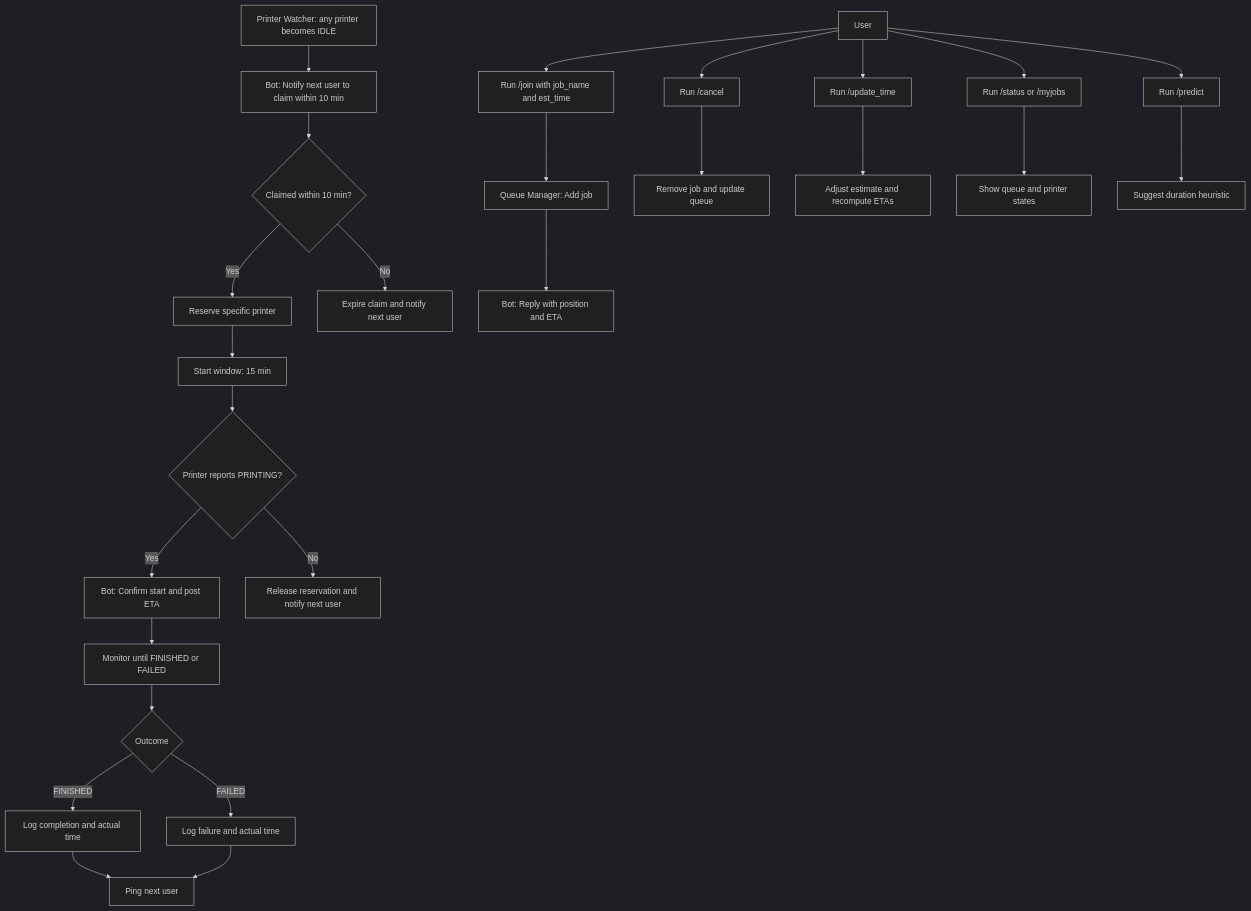
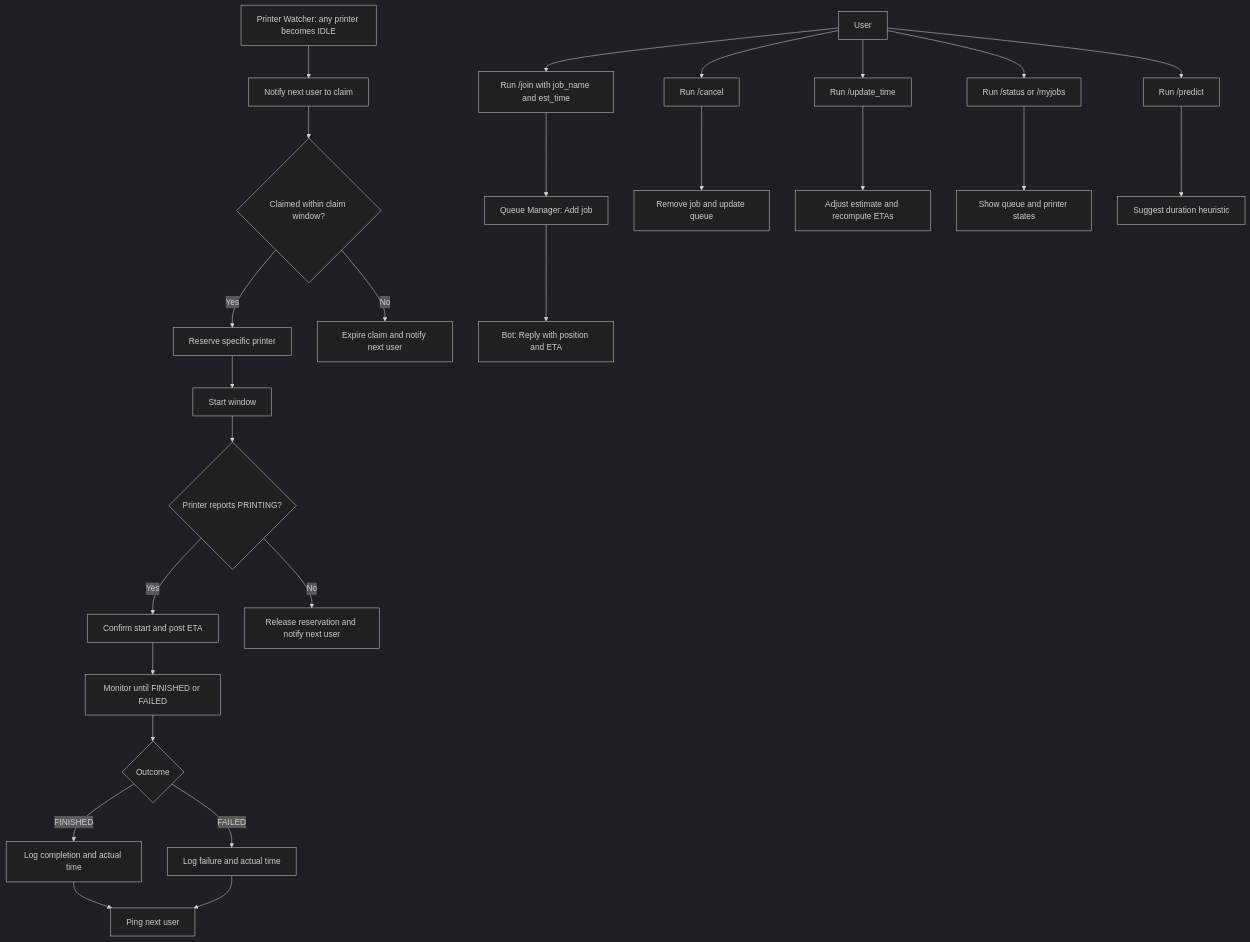
The first of 2 diagrams in technical.md (PatrickJYKang/print-queue), drawn with Mermaid (dark theme) before and after one commit. The commit also changed other lines of this file, not shown here.

Commit message:
change to predictive times, and use Mac instead of Raspberry Pi

````diff
--- a/technical.md
+++ b/technical.md
@@ -19,33 +20,32 @@
- ```mermaid
- flowchart TD
-   U[User] --> JOIN[Run /join with job_name and est_time]
-   JOIN --> AJ[Queue Manager: Add job]
-   AJ --> RP[Bot: Reply with position and ETA]
+```mermaid
+flowchart TD
+  U[User] --> JOIN["Run /join with job_name and est_time"]
+  JOIN --> AJ["Queue Manager: Add job"]
+  AJ --> RP["Bot: Reply with position and ETA"]
 
-   W[Printer Watcher: any printer becomes IDLE] --> N[Bot: Notify next user to claim within 10 min]
-   N --> D{Claimed within 10 min?}
-   D -->|Yes| R[Reserve specific printer]
-   D -->|No| NX[Expire claim and notify next user]
+  W["Printer Watcher: any printer becomes IDLE"] --> N["Notify next user to claim"]
+  N --> D{"Claimed within claim window?"}
+  D -->|Yes| R["Reserve specific printer"]
+  D -->|No| NX["Expire claim and notify next user"]
 
-   R --> S1[Start window: 15 min]
-   S1 --> E{Printer reports PRINTING?}
-   E -->|Yes| CS[Bot: Confirm start and post ETA]
-   E -->|No| RL[Release reservation and notify next user]
+  R --> S1["Start window"]
+  S1 --> E{"Printer reports PRINTING?"}
+  E -->|Yes| CS["Confirm start and post ETA"]
+  E -->|No| RL["Release reservation and notify next user"]
 
-   CS --> MON[Monitor until FINISHED or FAILED]
-   MON --> F{Outcome}
-   F -->|FINISHED| LOG[Log completion and actual time]
-   F -->|FAILED| LOGF[Log failure and actual time]
+  CS --> MON["Monitor until FINISHED or FAILED"]
+  MON --> F{"Outcome"}
+  F -->|FINISHED| LOG["Log completion and actual time"]
+  F -->|FAILED| LOGF["Log failure and actual time"]
+  LOG --> NEXT["Ping next user"]
+  LOGF --> NEXT
 
-   LOG --> NEXT[Ping next user]
-   LOGF --> NEXT
-
-   U --> CANCEL[Run /cancel]
-   CANCEL --> CANC[Remove job and update queue]
-   U --> UPDATE[Run /update_time]
-   UPDATE --> UPD[Adjust estimate and recompute ETAs]
-   U --> STATUS[Run /status or /myjobs]
-   STATUS --> ST[Show queue and printer states]
-   U --> PRED[Run /predict]
-   PRED --> PR[Suggest duration heuristic]
- ```
+  U --> CANCEL["Run /cancel"]
+  CANCEL --> CANC["Remove job and update queue"]
+  U --> UPDATE["Run /update_time"]
+  UPDATE --> UPD["Adjust estimate and recompute ETAs"]
+  U --> STATUS["Run /status or /myjobs"]
+  STATUS --> ST["Show queue and printer states"]
+  U --> PRED["Run /predict"]
+  PRED --> PR["Suggest duration heuristic"]
+```
````
